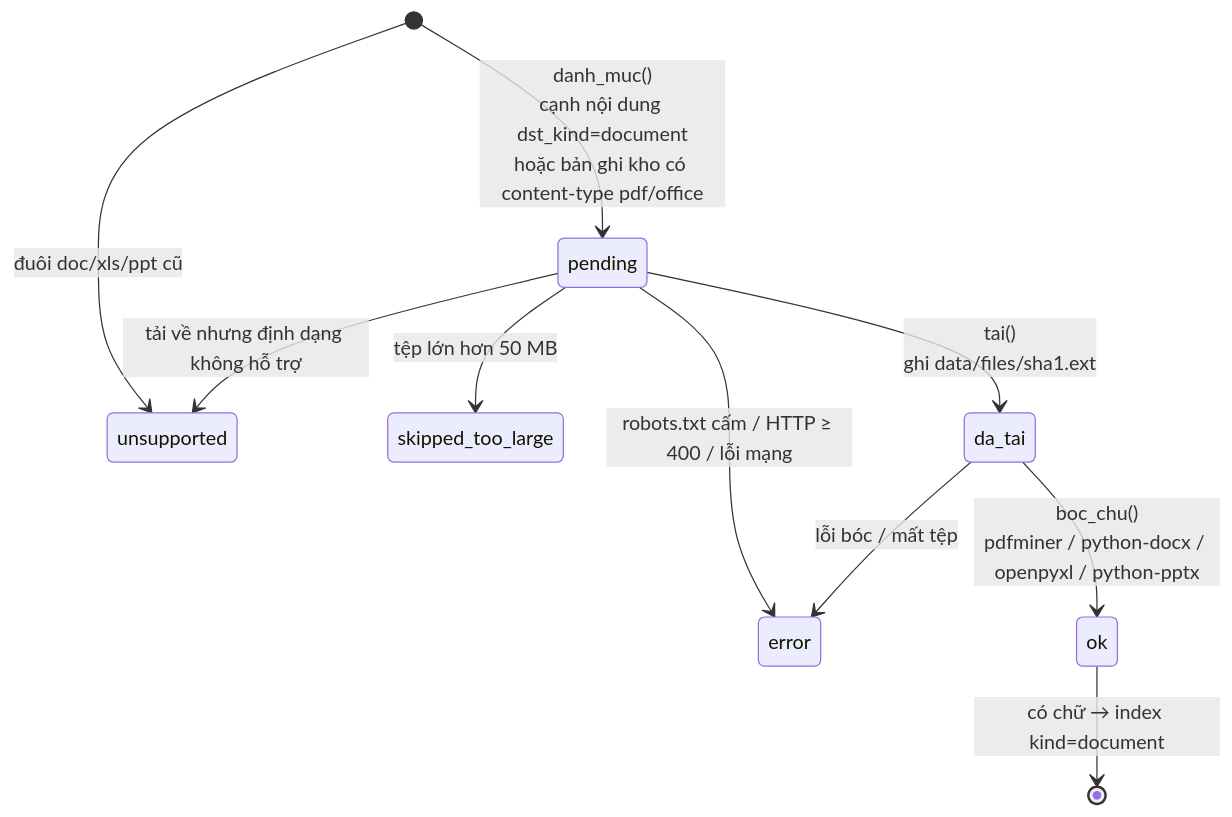
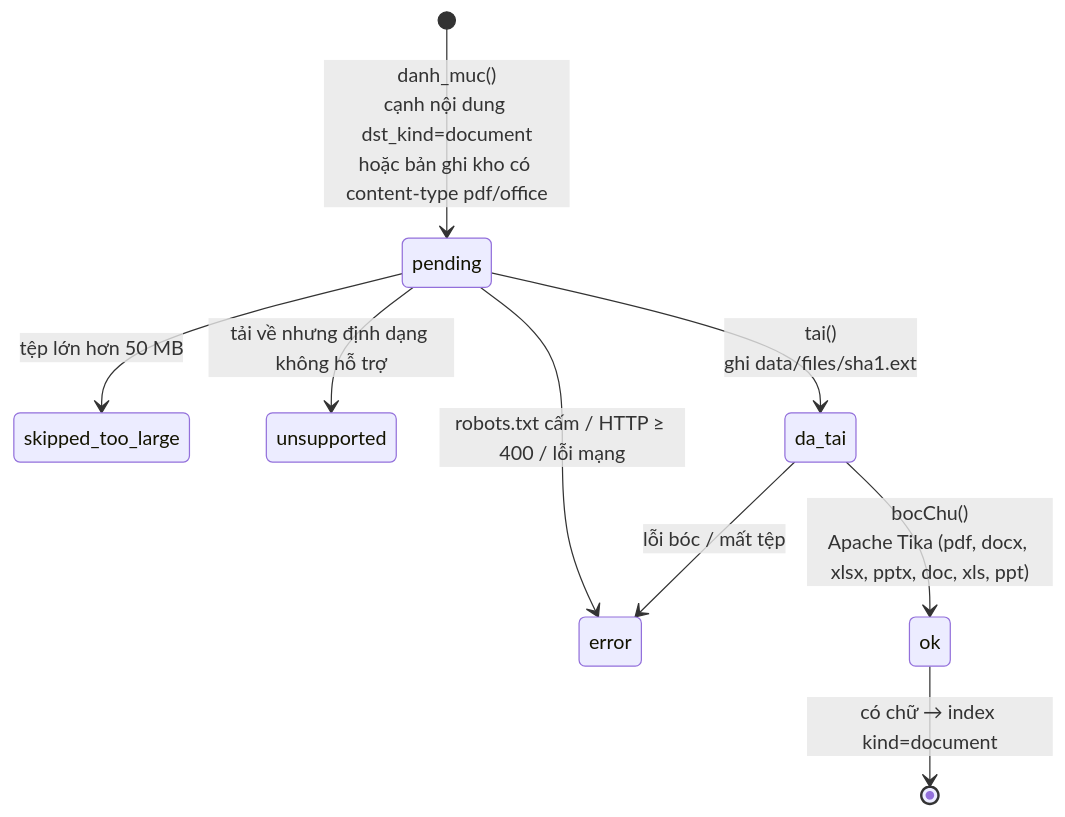
Diagram 15 of 21 in BAO-CAO-KY-THUAT.md (nguyenpnguyen/di-project), drawn with Mermaid before and after one commit. The commit also changed other lines of this file and 369 other files, not shown here.

````diff
--- a/BAO-CAO-KY-THUAT.md
+++ b/BAO-CAO-KY-THUAT.md
@@ -567,12 +576,11 @@
 ```mermaid
 stateDiagram-v2
     [*] --> pending: danh_muc()<br/>cạnh nội dung dst_kind=document<br/>hoặc bản ghi kho có content-type pdf/office
-    [*] --> unsupported: đuôi doc/xls/ppt cũ
     pending --> error: robots.txt cấm / HTTP ≥ 400 / lỗi mạng
     pending --> skipped_too_large: tệp lớn hơn 50 MB
     pending --> unsupported: tải về nhưng định dạng không hỗ trợ
     pending --> da_tai: tai()<br/>ghi data/files/sha1.ext
-    da_tai --> ok: boc_chu()<br/>pdfminer / python-docx / openpyxl / python-pptx
+    da_tai --> ok: bocChu()<br/>Apache Tika (pdf, docx, xlsx, pptx, doc, xls, ppt)
     da_tai --> error: lỗi bóc / mất tệp
     ok --> [*]: có chữ → index kind=document
 ```
````
